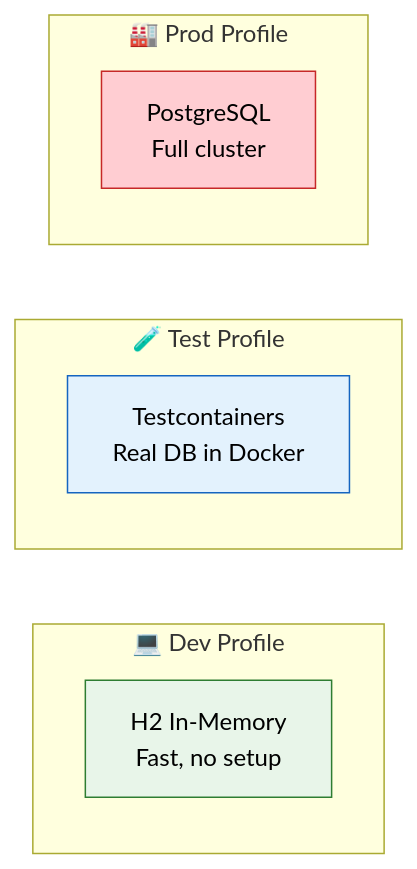
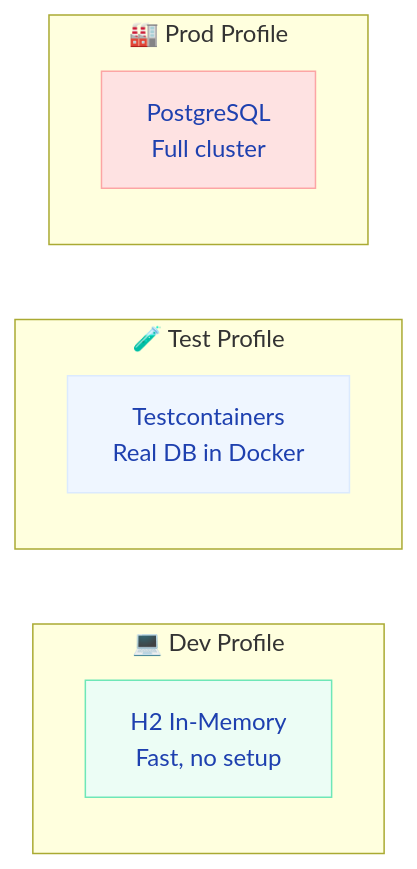
One commit to saivamsikaruturi/vamsilabs-dev-notes-main changed the second of 2 diagrams in docs/springboot/profiles.md. Above: the diagram before and after it, drawn with Mermaid. The commit also changed other lines of this file and 220 other files, not shown here.

First line of the commit message:
Add 50+ new Java/Spring Boot pages, rewrite CSS code blocks to Oracle style, fix all diagram colors

````diff
--- a/docs/springboot/profiles.md
+++ b/docs/springboot/profiles.md
@@ -347,16 +347,16 @@
 ```mermaid
 flowchart LR
     subgraph Dev["💻 Dev Profile"]
         H2["H2 In-Memory<br/>Fast, no setup"]
     end
     subgraph Test["🧪 Test Profile"]
         TC["Testcontainers<br/>Real DB in Docker"]
     end
     subgraph Prod["🏭 Prod Profile"]
         PG["PostgreSQL<br/>Full cluster"]
     end
 
-    style H2 fill:#E8F5E9,stroke:#2E7D32,color:#000
-    style TC fill:#E3F2FD,stroke:#1565C0,color:#000
-    style PG fill:#FFCDD2,stroke:#C62828,color:#000
+    style H2 fill:#ECFDF5,stroke:#6EE7B7,color:#1E40AF
+    style TC fill:#EFF6FF,stroke:#DBEAFE,color:#1E40AF
+    style PG fill:#FEE2E2,stroke:#FCA5A5,color:#1E40AF
 ```
````
